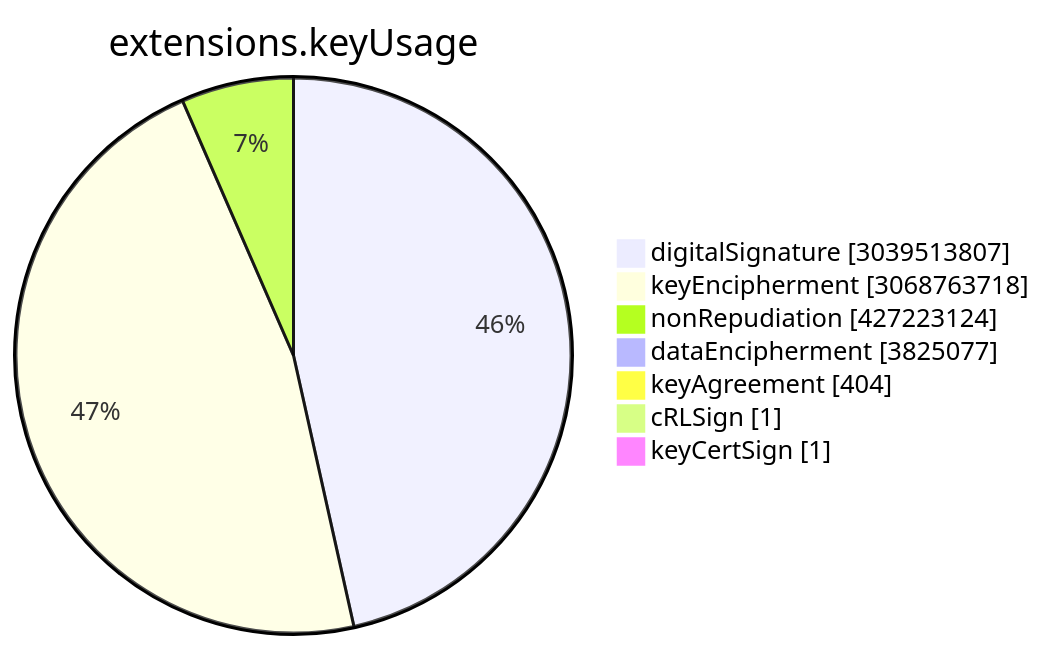
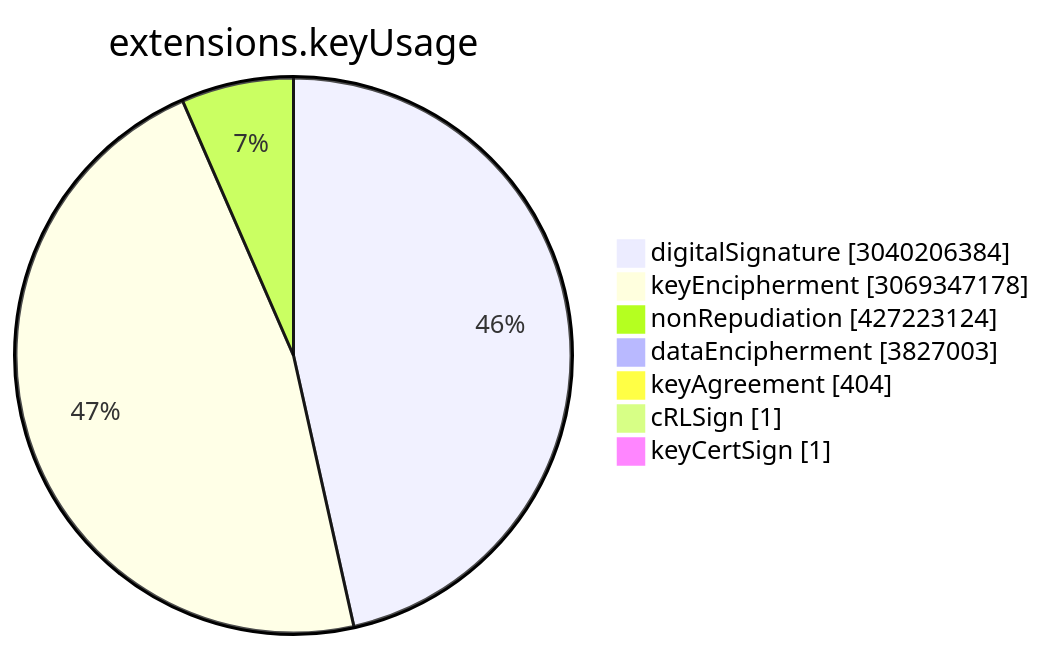
One commit to christiankrug/ctmonitor_visualization changed the sixth of 15 diagrams in TOTAL/README.md. Above: the diagram before and after it, drawn with Mermaid. The commit also changed other lines of this file, not shown here.

````diff
--- a/TOTAL/README.md
+++ b/TOTAL/README.md
@@ -3077,11 +3077,11 @@
 ```mermaid
 pie showData
 title extensions.keyUsage
-"digitalSignature" :3039513807
-"keyEncipherment" :3068763718
+"digitalSignature" :3040206384
+"keyEncipherment" :3069347178
 "nonRepudiation" :427223124
-"dataEncipherment" :3825077
+"dataEncipherment" :3827003
 "keyAgreement" :404
 "cRLSign" :1
 "keyCertSign" :1
 ```
````
